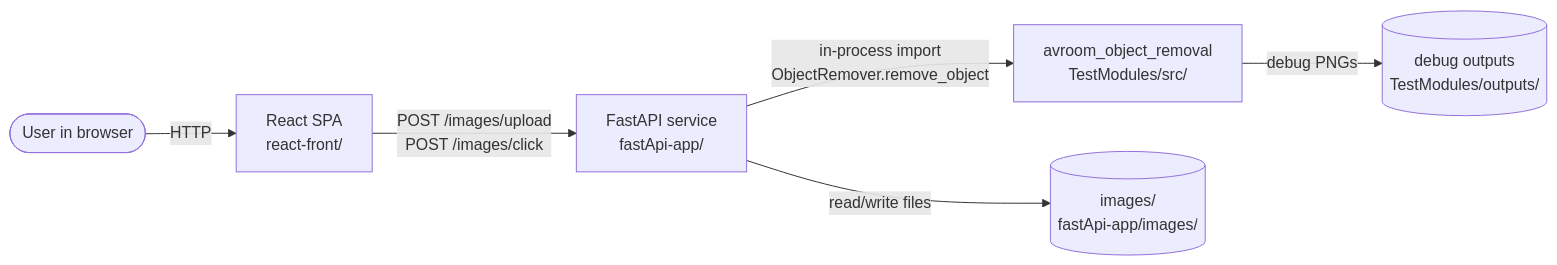
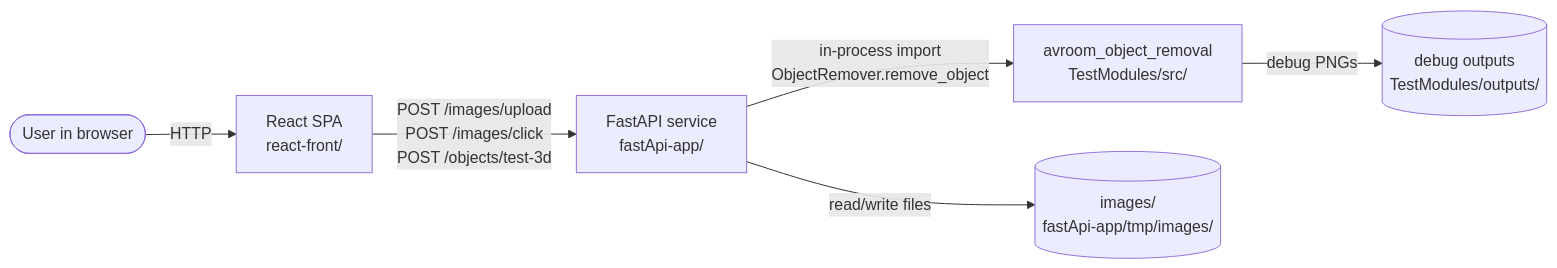
The diagram in docs/architecture.md (1mache/avroom), drawn with Mermaid before and after one commit. The commit also changed other lines of this file and 22 other files, not shown here.

````diff
--- a/docs/architecture.md
+++ b/docs/architecture.md
@@ -7,15 +7,15 @@
 ```mermaid
 flowchart LR
     user(["User in browser"])
     spa["React SPA<br/>react-front/"]
     api["FastAPI service<br/>fastApi-app/"]
     pipeline["avroom_object_removal<br/>TestModules/src/"]
-    storage[("images/<br/>fastApi-app/images/")]
+    storage[("images/<br/>fastApi-app/tmp/images/")]
     outputs[("debug outputs<br/>TestModules/outputs/")]
 
     user -->|HTTP| spa
-    spa -->|"POST /images/upload<br/>POST /images/click"| api
+    spa -->|"POST /images/upload<br/>POST /images/click<br/>POST /objects/test-3d"| api
     api -->|read/write files| storage
     api -->|"in-process import<br/>ObjectRemover.remove_object"| pipeline
     pipeline -->|debug PNGs| outputs
 ```
````
